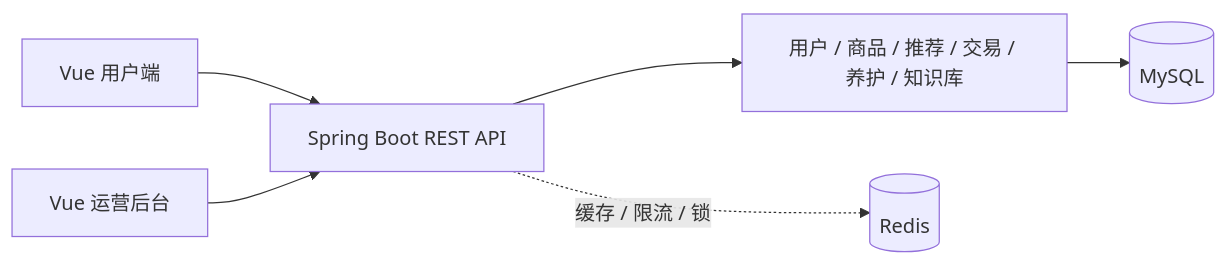
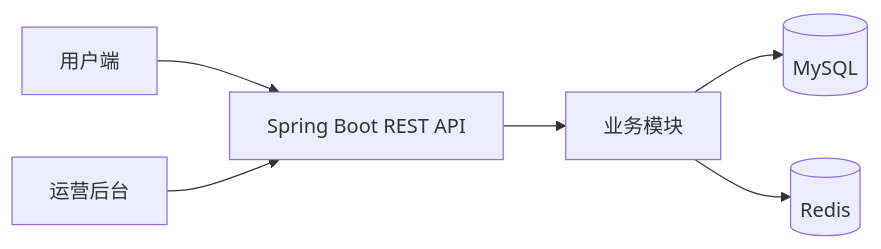
Before and after one commit to LoftyTao0622/FlowerKissTao: the diagram in README.md, drawn with Mermaid. The commit also changed other lines of this file, not shown here.

````diff
--- a/README.md
+++ b/README.md
@@ -32,8 +18,8 @@
 ```mermaid
 flowchart LR
-    Web[Vue 用户端] --> API[Spring Boot REST API]
-    Admin[Vue 运营后台] --> API
-    API --> Domain[用户 / 商品 / 推荐 / 交易 / 养护 / 知识库]
-    Domain --> MySQL[(MySQL)]
-    API -. 缓存 / 限流 / 锁 .-> Redis[(Redis)]
+    Customer[用户端] --> API[Spring Boot REST API]
+    Operator[运营后台] --> API
+    API --> Modules[业务模块]
+    Modules --> MySQL[(MySQL)]
+    Modules --> Redis[(Redis)]
 ```
````
